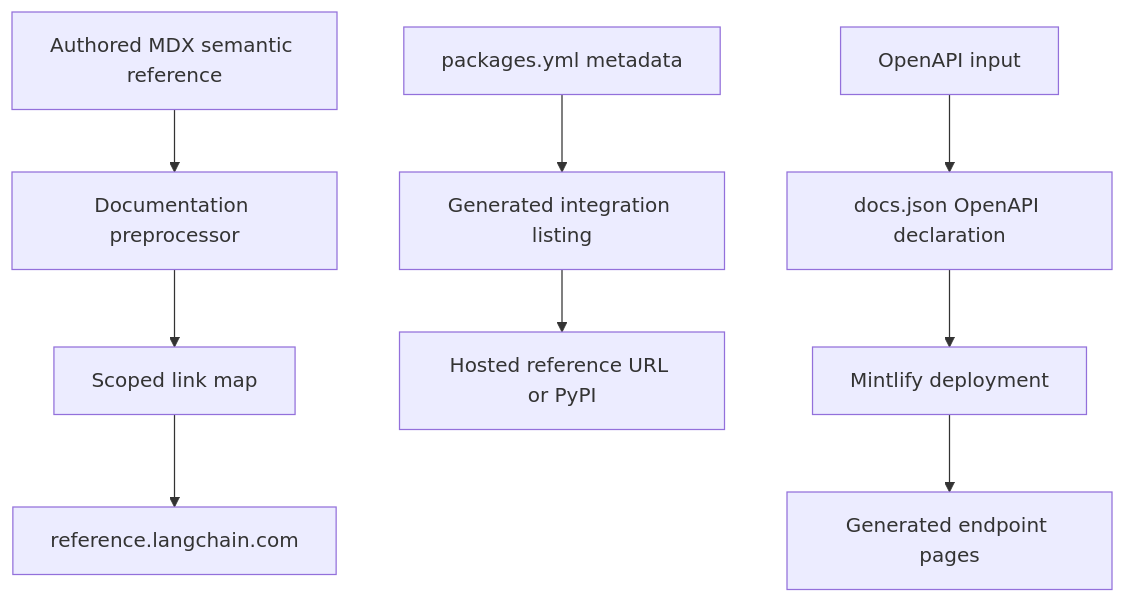
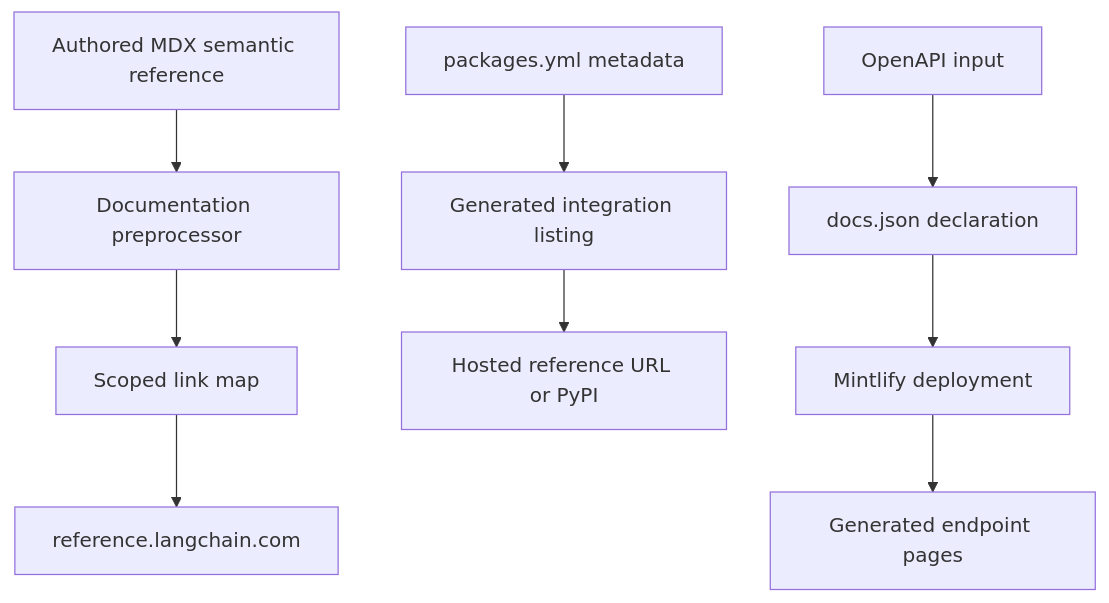
Before and after one commit to langchain-ai/docs: the first of 2 diagrams in openwiki/integrations/reference-docs.md, drawn with Mermaid. The commit also changed other lines of this file and 54 other files, not shown here.

````diff
--- a/openwiki/integrations/reference-docs.md
+++ b/openwiki/integrations/reference-docs.md
@@ -63,11 +65,11 @@
 ```mermaid
 flowchart TD
   Authored["Authored MDX semantic reference"] --> Preprocess["Documentation preprocessor"]
   Preprocess --> Map["Scoped link map"]
   Map --> External["reference.langchain.com"]
   Packages["packages.yml metadata"] --> Listing["Generated integration listing"]
   Listing --> PackageDest["Hosted reference URL or PyPI"]
-  Spec["OpenAPI input"] --> Config["docs.json OpenAPI declaration"]
+  Spec["OpenAPI input"] --> Config["docs.json declaration"]
   Config --> Deploy["Mintlify deployment"]
   Deploy --> Endpoints["Generated endpoint pages"]
 ```
````
